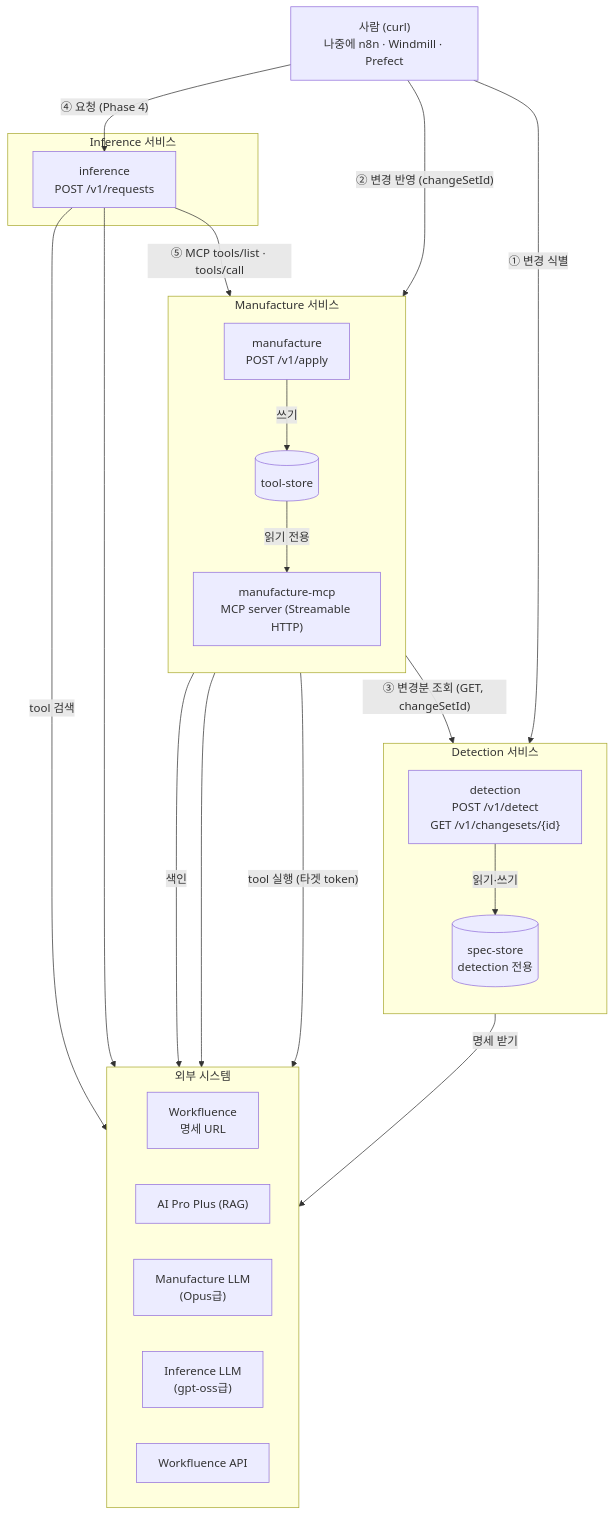
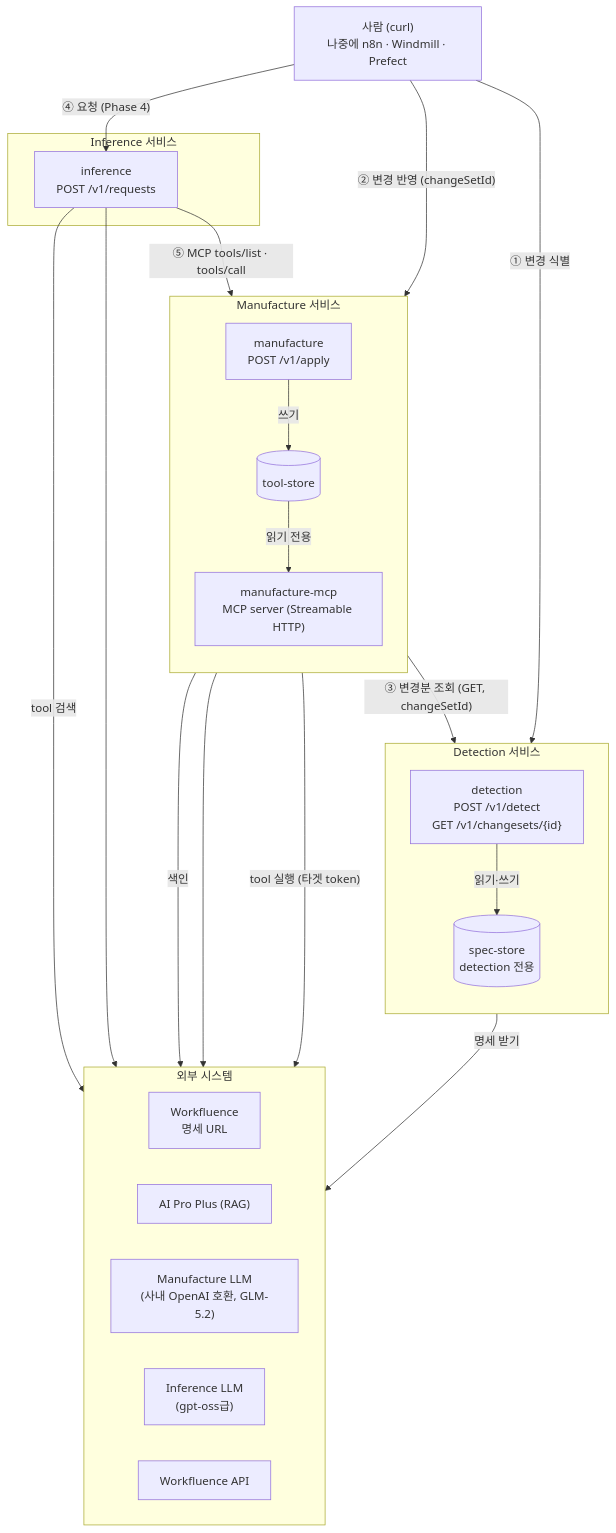
Before and after one commit to tanminkwan/agent4workfluence: the first of 4 diagrams in docs/시스템아키텍처.md, drawn with Mermaid. The commit also changed other lines of this file and 9 other files, not shown here.

First line of the commit message:
docs: Phase 2 Manufacture 요구사항 정의, LLM 모델 선정(GLM-5.2) 추가

````diff
--- a/docs/시스템아키텍처.md
+++ b/docs/시스템아키텍처.md
@@ -25,47 +25,47 @@
 ```mermaid
 flowchart TB
     caller["사람 (curl)<br/>나중에 n8n · Windmill · Prefect"]
 
     subgraph DET["Detection 서비스"]
         direction TB
         detection["detection<br/>POST /v1/detect<br/>GET /v1/changesets/{id}"]
         specstore[("spec-store<br/>detection 전용")]
         detection -- "읽기·쓰기" --> specstore
     end
 
     subgraph MAN["Manufacture 서비스"]
         direction TB
         manufacture["manufacture<br/>POST /v1/apply"]
         toolstore[("tool-store")]
         mcp["manufacture-mcp<br/>MCP server (Streamable HTTP)"]
         manufacture -- "쓰기" --> toolstore
         toolstore -- "읽기 전용" --> mcp
     end
 
     subgraph INF["Inference 서비스"]
         inference["inference<br/>POST /v1/requests"]
     end
 
     subgraph EXT["외부 시스템"]
         direction LR
         wfspec["Workfluence<br/>명세 URL"]
         rag["AI Pro Plus (RAG)"]
-        opus["Manufacture LLM<br/>(Opus급)"]
+        opus["Manufacture LLM<br/>(사내 OpenAI 호환, GLM-5.2)"]
         oss["Inference LLM<br/>(gpt-oss급)"]
         wfapi["Workfluence API"]
     end
 
     caller -- "① 변경 식별" --> detection
     caller -- "② 변경 반영 (changeSetId)" --> manufacture
     caller -- "④ 요청 (Phase 4)" --> inference
 
     manufacture -- "③ 변경분 조회 (GET, changeSetId)" --> detection
     inference -- "⑤ MCP tools/list · tools/call" --> mcp
 
     detection -- "명세 받기" --> wfspec
     manufacture -- "색인" --> rag
     manufacture --> opus
     inference -- "tool 검색" --> rag
     inference --> oss
     mcp -- "tool 실행 (타겟 token)" --> wfapi
 ```
````
